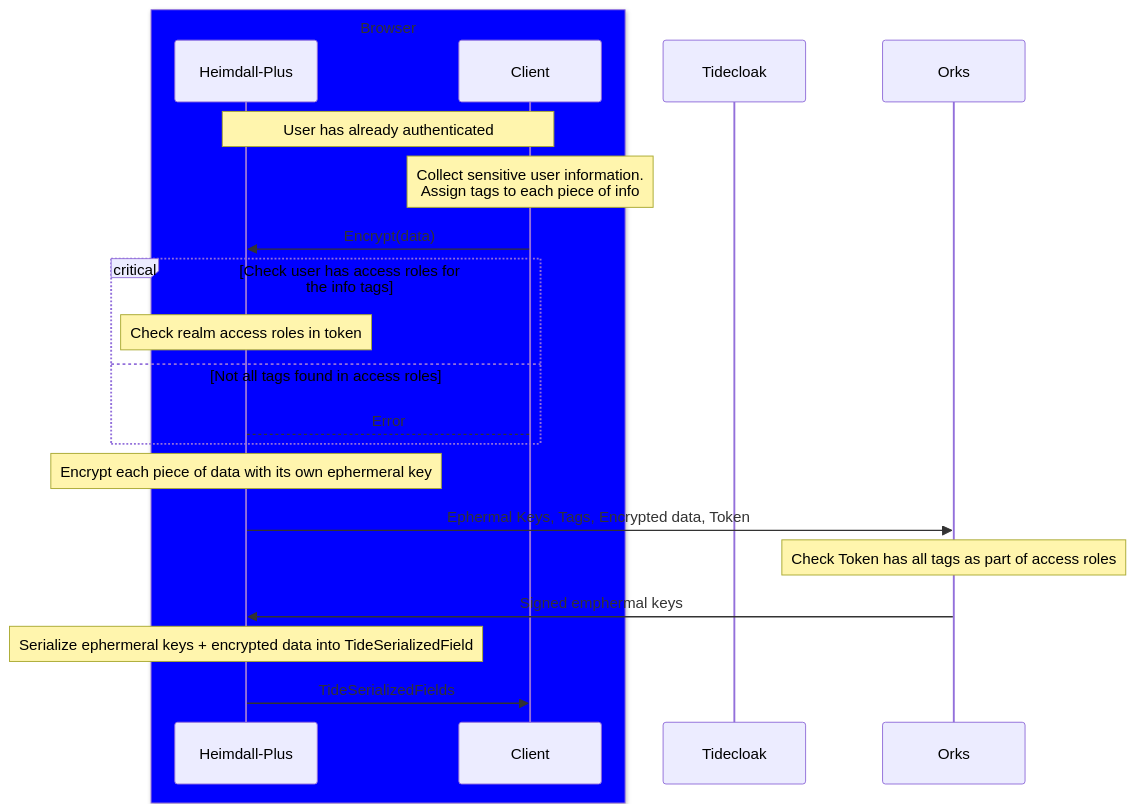
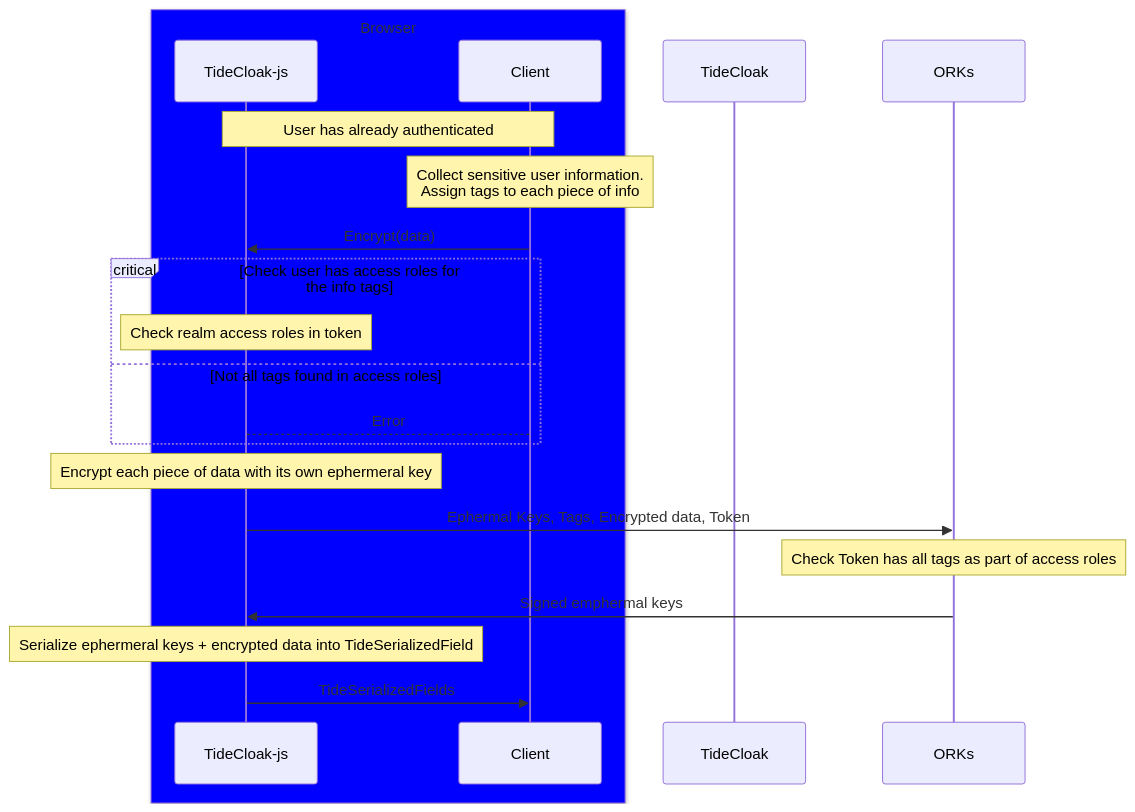
The diagram in README.md (tide-foundation/tidecloak-js), drawn with Mermaid before and after one commit. The commit also changed other lines of this file, not shown here.

Commit message:
name updates to tidecloak-js

````diff
--- a/README.md
+++ b/README.md
@@ -7,26 +7,26 @@
 ```mermaid
 sequenceDiagram
 
 box Blue Browser
-participant Heimdall-Plus
+participant TideCloak-js
 participant Client
 end
 
-participant Tidecloak
-participant Orks
+participant TideCloak
+participant ORKs
 
-Note over Client, Heimdall-Plus: User has already authenticated
+Note over Client, TideCloak-js: User has already authenticated
 Note over Client: Collect sensitive user information. <br> Assign tags to each piece of info
-Client ->> Heimdall-Plus: Encrypt(data)
+Client ->> TideCloak-js: Encrypt(data)
 critical Check user has access roles for the info tags
-Note over Heimdall-Plus: Check realm access roles in token
+Note over TideCloak-js: Check realm access roles in token
 option Not all tags found in access roles
-Heimdall-Plus --> Client: Error
+TideCloak-js --> Client: Error
 end
-Note over Heimdall-Plus: Encrypt each piece of data with its own ephermeral key
-Heimdall-Plus ->> Orks: Ephermal Keys, Tags, Encrypted data, Token
-Note over Orks: Check Token has all tags as part of access roles
-Orks ->> Heimdall-Plus: Signed emphermal keys
-Note over Heimdall-Plus: Serialize ephermeral keys + encrypted data into TideSerializedField
-Heimdall-Plus ->> Client: TideSerializedFields
+Note over TideCloak-js: Encrypt each piece of data with its own ephermeral key
+TideCloak-js ->> ORKs: Ephermal Keys, Tags, Encrypted data, Token
+Note over ORKs: Check Token has all tags as part of access roles
+ORKs ->> TideCloak-js: Signed emphermal keys
+Note over TideCloak-js: Serialize ephermeral keys + encrypted data into TideSerializedField
+TideCloak-js ->> Client: TideSerializedFields
 ```
````
